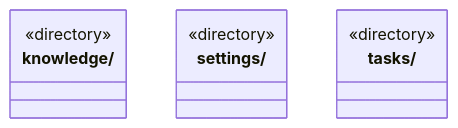
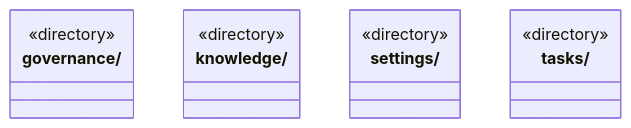
The diagram in src/backend/main/persistence/ARCHITECTURE.md (nan023062/cbim), drawn with Mermaid before and after one commit. The commit also changed other lines of this file and 50 other files, not shown here.

````diff
--- a/src/backend/main/persistence/ARCHITECTURE.md
+++ b/src/backend/main/persistence/ARCHITECTURE.md
@@ -15,12 +15,15 @@
 ```mermaid
 classDiagram
+class N_src_backend_main_persistence_governance["governance/"] {
+  <<directory>>
+}
 class N_src_backend_main_persistence_knowledge["knowledge/"] {
   <<directory>>
 }
 class N_src_backend_main_persistence_settings["settings/"] {
   <<directory>>
 }
 class N_src_backend_main_persistence_tasks["tasks/"] {
   <<directory>>
 }
 ```
````
